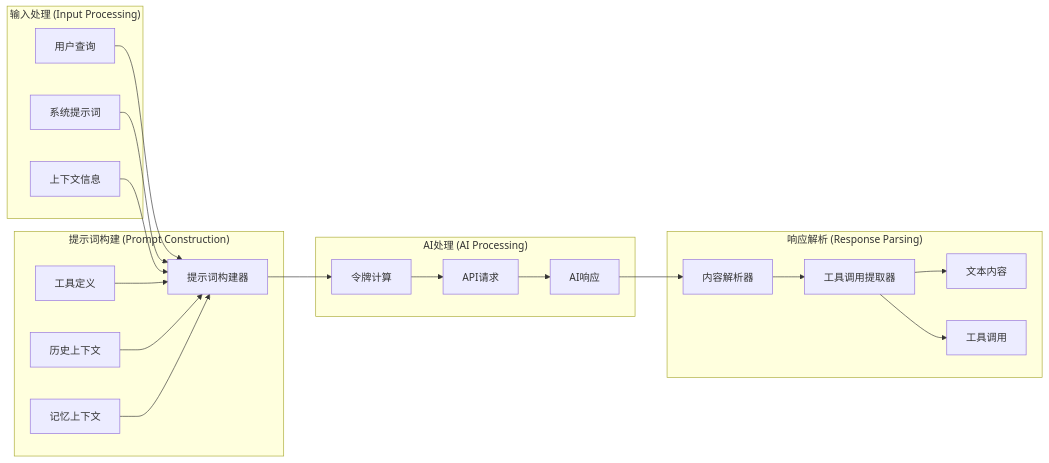
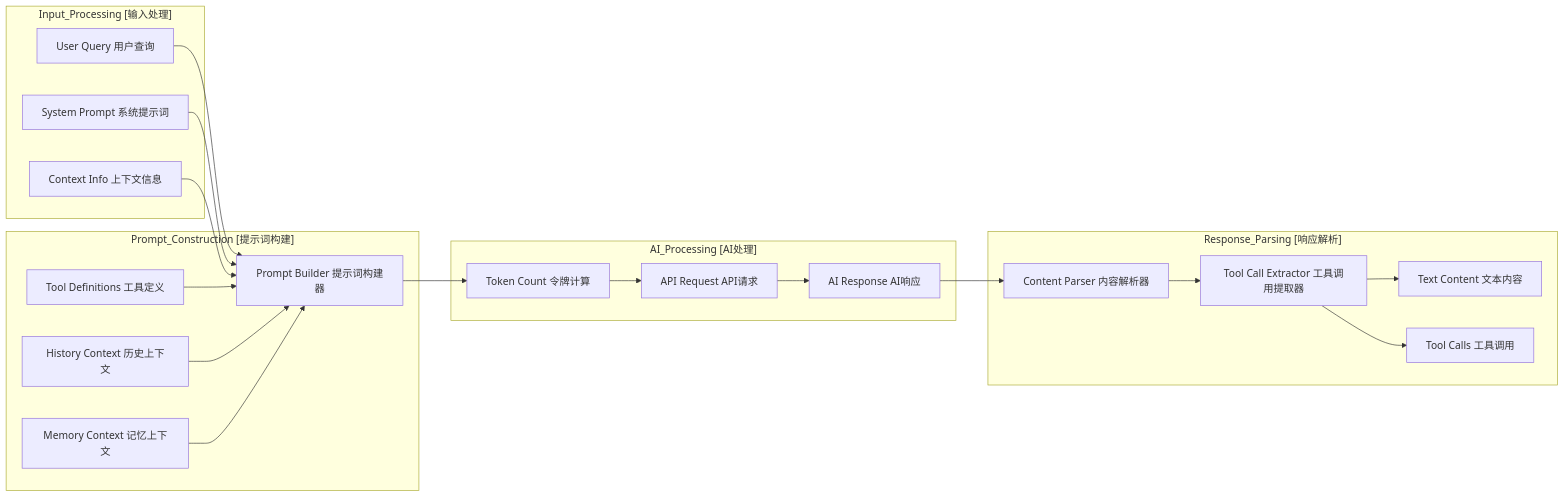
The second of 5 diagrams in docs/articles/gemini-cli-data-flow-diagram.md (zhuangbiaowei/vitepress-ospo-writing-project), drawn with Mermaid before and after one commit. The commit also changed other lines of this file and 128 other files, not shown here.

````diff
--- a/docs/articles/gemini-cli-data-flow-diagram.md
+++ b/docs/articles/gemini-cli-data-flow-diagram.md
@@ -138,44 +130,44 @@
 ```mermaid
 flowchart LR
-    subgraph "输入处理 (Input Processing)"
-        UserQuery[用户查询]
-        SystemPrompt[系统提示词]
-        ContextInfo[上下文信息]
+    subgraph "Input_Processing [输入处理]"
+        UserQuery[User Query 用户查询]
+        SystemPrompt[System Prompt 系统提示词]
+        ContextInfo[Context Info 上下文信息]
     end
     
-    subgraph "提示词构建 (Prompt Construction)"
-        PromptBuilder[提示词构建器]
-        ToolDefs[工具定义]
-        HistoryContext[历史上下文]
-        MemoryContext[记忆上下文]
+    subgraph "Prompt_Construction [提示词构建]"
+        PromptBuilder[Prompt Builder 提示词构建器]
+        ToolDefs[Tool Definitions 工具定义]
+        HistoryContext[History Context 历史上下文]
+        MemoryContext[Memory Context 记忆上下文]
     end
     
-    subgraph "AI处理 (AI Processing)"
-        TokenCount[令牌计算]
-        APIRequest[API请求]
-        Response[AI响应]
+    subgraph "AI_Processing [AI处理]"
+        TokenCount[Token Count 令牌计算]
+        APIRequest[API Request API请求]
+        Response[AI Response AI响应]
     end
     
-    subgraph "响应解析 (Response Parsing)"
-        ContentParser[内容解析器]
-        ToolCallExtractor[工具调用提取器]
-        TextContent[文本内容]
-        ToolCalls[工具调用]
+    subgraph "Response_Parsing [响应解析]"
+        ContentParser[Content Parser 内容解析器]
+        ToolCallExtractor[Tool Call Extractor 工具调用提取器]
+        TextContent[Text Content 文本内容]
+        ToolCalls[Tool Calls 工具调用]
     end
 
     UserQuery --> PromptBuilder
     SystemPrompt --> PromptBuilder
     ContextInfo --> PromptBuilder
     ToolDefs --> PromptBuilder
     HistoryContext --> PromptBuilder
     MemoryContext --> PromptBuilder
     
     PromptBuilder --> TokenCount
     TokenCount --> APIRequest
     APIRequest --> Response
     
     Response --> ContentParser
     ContentParser --> ToolCallExtractor
     ToolCallExtractor --> TextContent
     ToolCallExtractor --> ToolCalls
 ```
````
